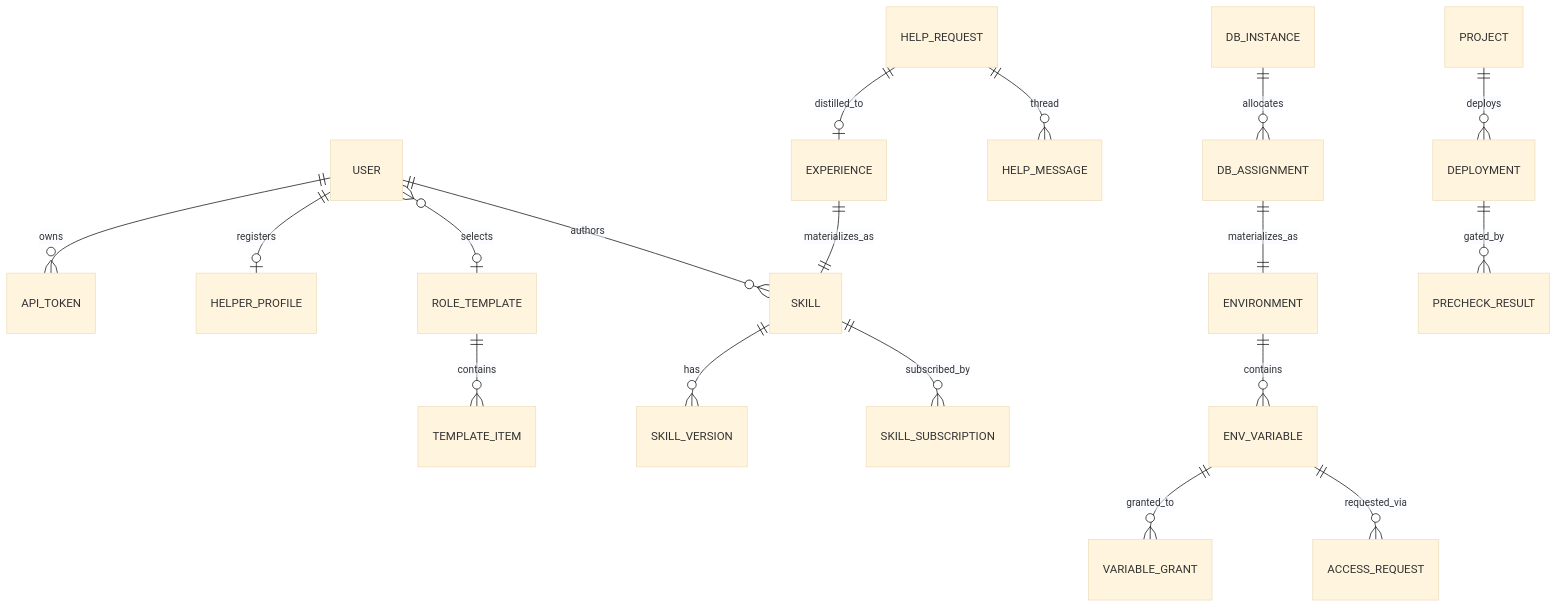
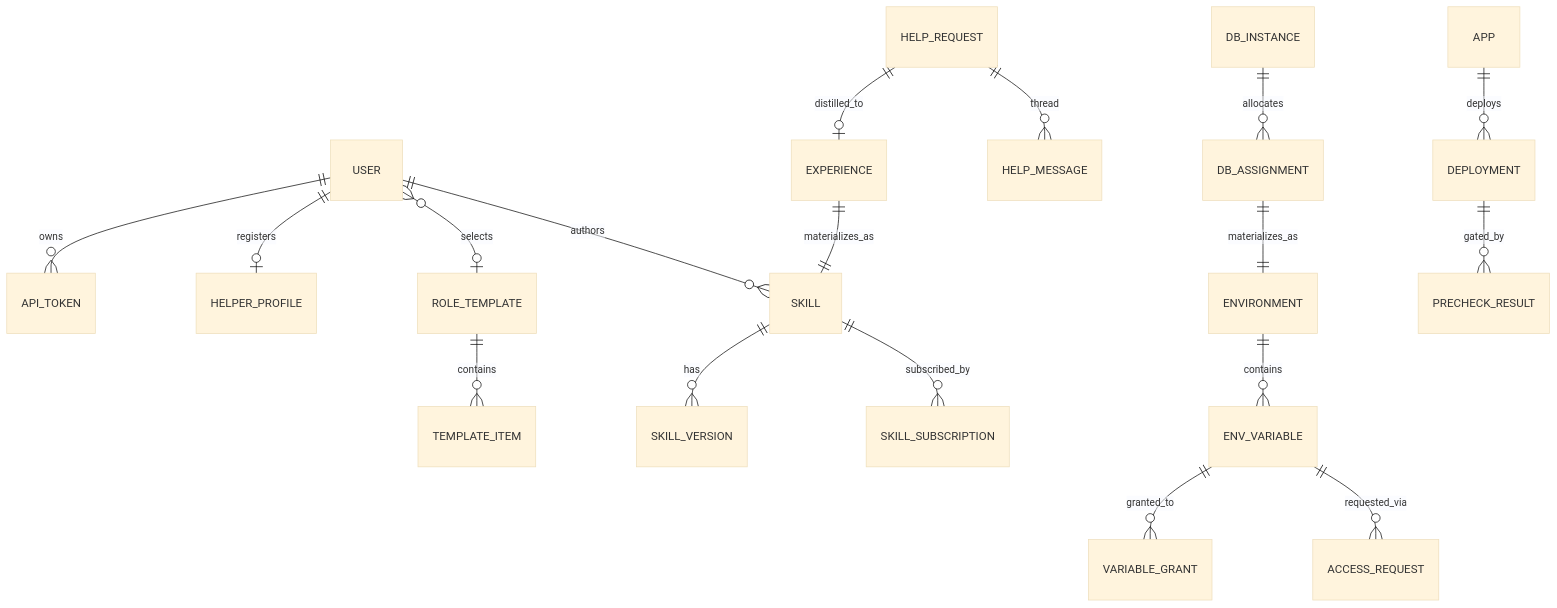
Before and after one commit to othorizon/easy-agent-team: the third of 4 diagrams in docs/product-design.md, drawn with Mermaid (base theme). The commit also changed other lines of this file and 31 other files, not shown here.

````diff
--- a/docs/product-design.md
+++ b/docs/product-design.md
@@ -434,20 +445,20 @@
 ```mermaid
 erDiagram
     USER ||--o{ API_TOKEN : owns
     USER ||--o| HELPER_PROFILE : registers
     USER ||--o{ SKILL : authors
     USER }o--o| ROLE_TEMPLATE : selects
     ROLE_TEMPLATE ||--o{ TEMPLATE_ITEM : contains
     SKILL ||--o{ SKILL_VERSION : has
     SKILL ||--o{ SKILL_SUBSCRIPTION : subscribed_by
     ENVIRONMENT ||--o{ ENV_VARIABLE : contains
     ENV_VARIABLE ||--o{ VARIABLE_GRANT : granted_to
     ENV_VARIABLE ||--o{ ACCESS_REQUEST : requested_via
     DB_INSTANCE ||--o{ DB_ASSIGNMENT : allocates
     DB_ASSIGNMENT ||--|| ENVIRONMENT : materializes_as
     HELP_REQUEST ||--o{ HELP_MESSAGE : thread
     HELP_REQUEST ||--o| EXPERIENCE : distilled_to
     EXPERIENCE ||--|| SKILL : materializes_as
-    PROJECT ||--o{ DEPLOYMENT : deploys
+    APP ||--o{ DEPLOYMENT : deploys
     DEPLOYMENT ||--o{ PRECHECK_RESULT : gated_by
 ```
````
